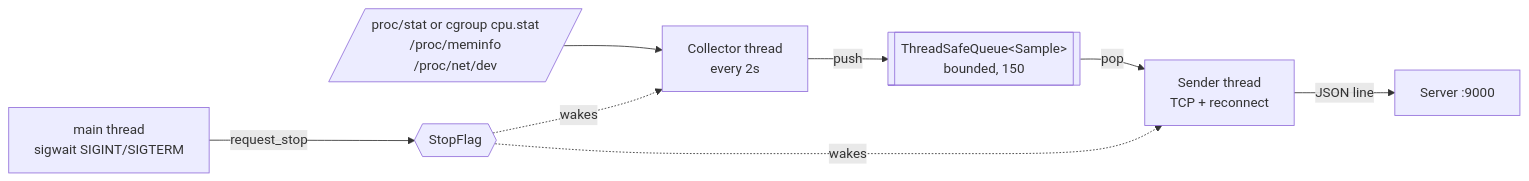
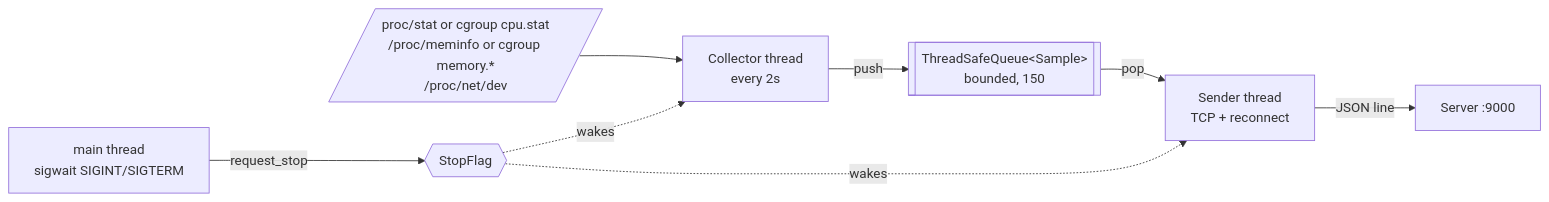
Before and after one commit to shuvat/syspulse: the second of 7 diagrams in docs/architecture.md, drawn with Mermaid. The commit also changed other lines of this file and 10 other files, not shown here.

Commit message:
Measure container memory from cgroup v2 relative to its memory limit

````diff
--- a/docs/architecture.md
+++ b/docs/architecture.md
@@ -72,15 +72,15 @@
 ```mermaid
 flowchart LR
-    PROC[/proc/stat or cgroup cpu.stat<br/>/proc/meminfo<br/>/proc/net/dev/]
+    PROC[/proc/stat or cgroup cpu.stat<br/>/proc/meminfo or cgroup memory.*<br/>/proc/net/dev/]
     C[Collector thread<br/>every 2s]
     Q[[ThreadSafeQueue&lt;Sample&gt;<br/>bounded, 150]]
     S[Sender thread<br/>TCP + reconnect]
     SRV[Server :9000]
     M[main thread<br/>sigwait SIGINT/SIGTERM]
     STOP{{StopFlag}}
 
     PROC --> C -- push --> Q -- pop --> S -- JSON line --> SRV
     M -- request_stop --> STOP
     STOP -. wakes .-> C
     STOP -. wakes .-> S
 ```
````
